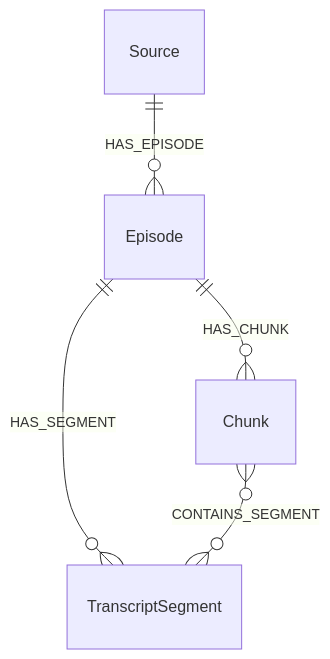
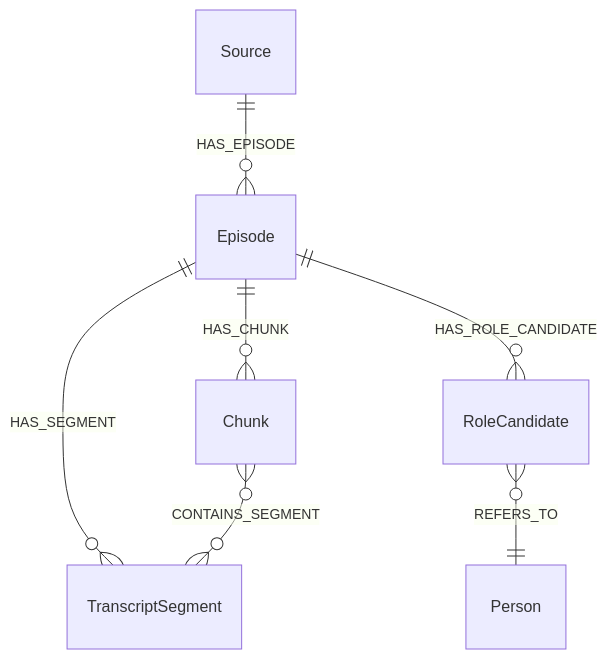
Before and after one commit to daksh-malhan/resonance-graph: the diagram in docs/ARCHITECTURE.md, drawn with Mermaid. The commit also changed other lines of this file and 12 other files, not shown here.

````diff
--- a/docs/ARCHITECTURE.md
+++ b/docs/ARCHITECTURE.md
@@ -61,7 +66,9 @@
 ```mermaid
 erDiagram
   Source ||--o{ Episode : HAS_EPISODE
   Episode ||--o{ Chunk : HAS_CHUNK
   Episode ||--o{ TranscriptSegment : HAS_SEGMENT
   Chunk }o--o{ TranscriptSegment : CONTAINS_SEGMENT
+  Episode ||--o{ RoleCandidate : HAS_ROLE_CANDIDATE
+  RoleCandidate }o--|| Person : REFERS_TO
 ```
````
